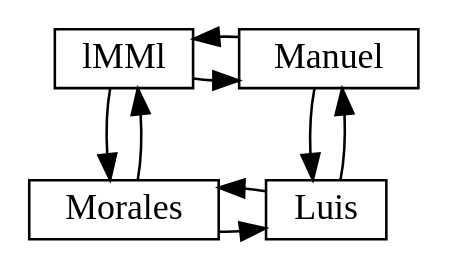
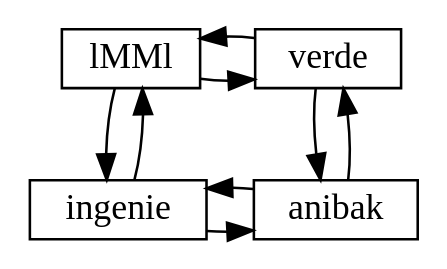
Before and after one commit to Mynor16/Proyecto1s2017_201213197_201212828_201212802_201025198_201314160: the diagram in lMMl/Java/EDDPro1Graficas/matriz.dot, drawn with Graphviz. The commit also changed 14 other files, not shown here.

```diff
--- a/lMMl/Java/EDDPro1Graficas/matriz.dot
+++ b/lMMl/Java/EDDPro1Graficas/matriz.dot
@@ -1,19 +1,19 @@
 digraph ejemplo_1 { 
 node [shape=record,width=.1,height=.1];
 rank = same {  
 lMMllMMl[shape=box,label="lMMl"] 
-lMMlManuel[shape=box,label="Manuel"] 
-lMMllMMl->lMMlManuel 
-lMMlManuel->lMMllMMl 
+lMMlverde[shape=box,label="verde"] 
+lMMllMMl->lMMlverde 
+lMMlverde->lMMllMMl 
 } 
 rank = same {  
-MoraleslMMl[shape=box,label="Morales"] 
-MoralesManuel[shape=box,label="Luis"] 
-MoraleslMMl->MoralesManuel 
-MoralesManuel->MoraleslMMl 
+ingenielMMl[shape=box,label="ingenie"] 
+ingenieverde[shape=box,label="anibak"] 
+ingenielMMl->ingenieverde 
+ingenieverde->ingenielMMl 
 } 
-lMMllMMl->MoraleslMMl 
-MoraleslMMl->lMMllMMl 
-lMMlManuel->MoralesManuel 
-MoralesManuel->lMMlManuel 
+lMMllMMl->ingenielMMl 
+ingenielMMl->lMMllMMl 
+lMMlverde->ingenieverde 
+ingenieverde->lMMlverde 
 }
```
